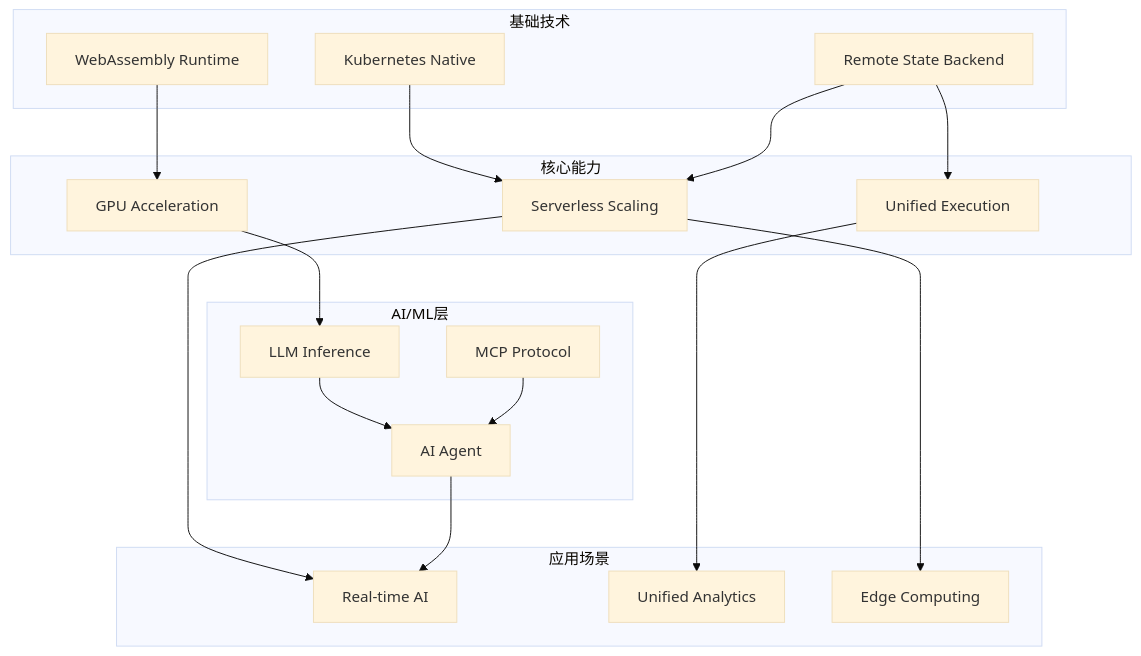
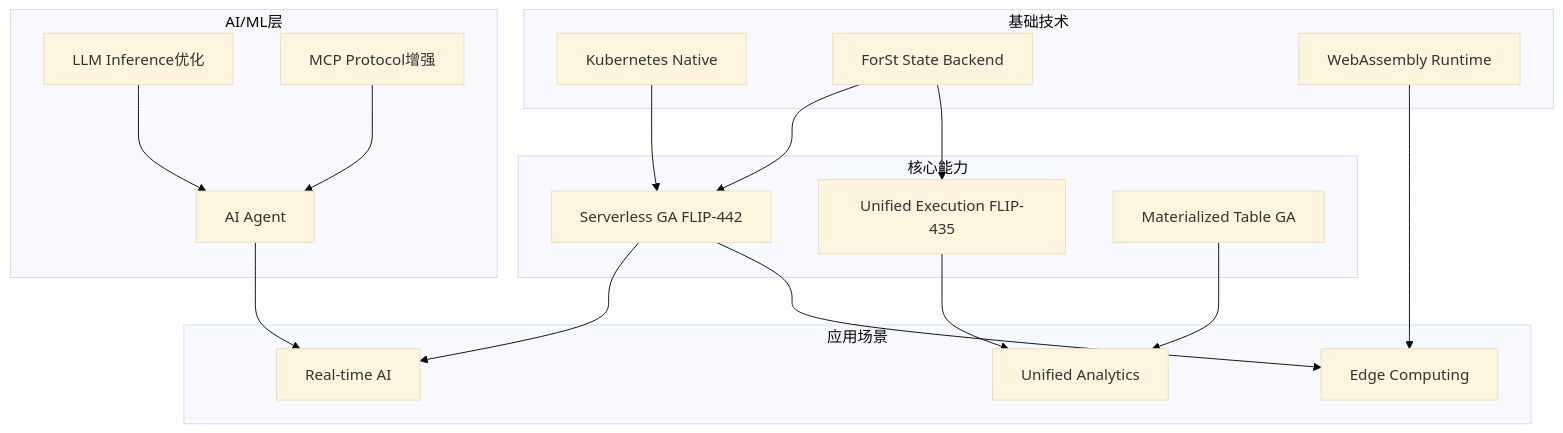
One commit to AdaMartin18010/AnalysisDataFlow changed the first of 6 diagrams in Flink/08-roadmap/08.01-flink-24/flink-2.5-preview.md. Above: the diagram before and after it, drawn with Mermaid (base theme). The commit also changed other lines of this file and 28 other files, not shown here.

````diff
--- a/Flink/08-roadmap/08.01-flink-24/flink-2.5-preview.md
+++ b/Flink/08-roadmap/08.01-flink-24/flink-2.5-preview.md
@@ -268,40 +253,40 @@
 ```mermaid
 graph TB
     subgraph Foundation["基础技术"]
         K8s[Kubernetes Native]
-        RemoteState[Remote State Backend]
+        ForSt[ForSt State Backend]
         WASM[WebAssembly Runtime]
     end
 
     subgraph Core["核心能力"]
-        UnifiedExec[Unified Execution]
-        Serverless[Serverless Scaling]
-        GPU[GPU Acceleration]
+        UnifiedExec[Unified Execution FLIP-435]
+        Serverless[Serverless GA FLIP-442]
+        Materialized[Materialized Table GA]
     end
 
     subgraph AI["AI/ML层"]
         Agent[AI Agent]
-        LLM[LLM Inference]
-        MCP[MCP Protocol]
+        LLM[LLM Inference优化]
+        MCP[MCP Protocol增强]
     end
 
     subgraph Apps["应用场景"]
         RealtimeAI[Real-time AI]
-        Analytics[Unified Analytics]
+        UnifiedAnalytics[Unified Analytics]
         Edge[Edge Computing]
     end
 
     K8s --> Serverless
-    RemoteState --> Serverless
-    RemoteState --> UnifiedExec
-    WASM --> GPU
+    ForSt --> Serverless
+    ForSt --> UnifiedExec
+    WASM --> Edge
 
-    UnifiedExec --> Analytics
+    UnifiedExec --> UnifiedAnalytics
     Serverless --> RealtimeAI
     Serverless --> Edge
-    GPU --> LLM
 
     Agent --> RealtimeAI
     LLM --> Agent
     MCP --> Agent
+    Materialized --> UnifiedAnalytics
 ```
````
